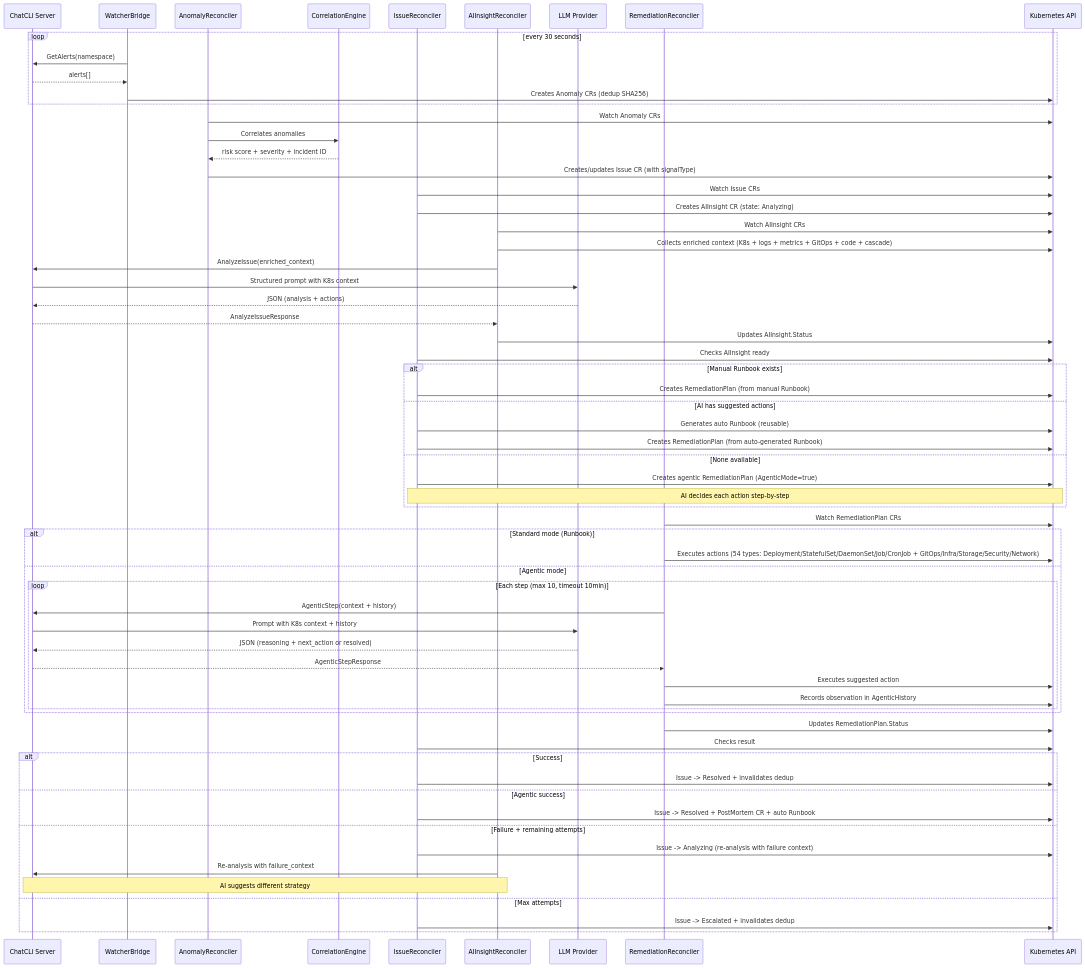
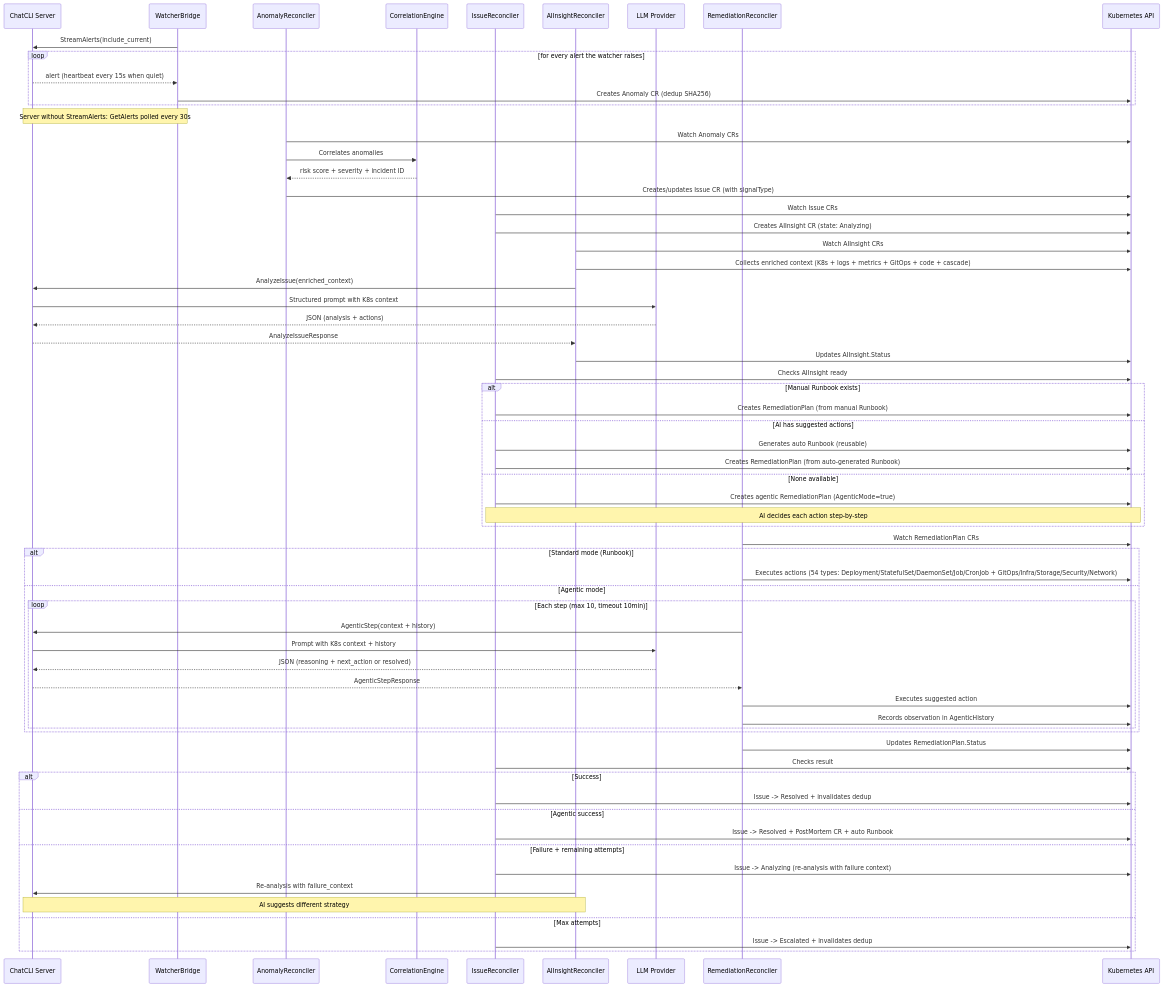
One commit to diillson/chatcli.ai changed the first of 3 diagrams in features/aiops-platform.mdx. Above: the diagram before and after it, drawn with Mermaid. The commit also changed other lines of this file and 7 other files, not shown here.

Commit message:
docs: StreamAlerts RPC and the operator's stream-first watcher bridge

````diff
--- a/features/aiops-platform.mdx
+++ b/features/aiops-platform.mdx
@@ -47,74 +47,75 @@
 ```mermaid
 sequenceDiagram
     participant Server as ChatCLI Server
     participant WB as WatcherBridge
     participant AR as AnomalyReconciler
     participant CE as CorrelationEngine
     participant IR as IssueReconciler
     participant AIR as AIInsightReconciler
     participant LLM as LLM Provider
     participant RR as RemediationReconciler
     participant K8s as Kubernetes API
 
-    loop every 30 seconds
-        WB->>Server: GetAlerts(namespace)
-        Server-->>WB: alerts[]
-        WB->>K8s: Creates Anomaly CRs (dedup SHA256)
+    WB->>Server: StreamAlerts(include_current)
+    loop for every alert the watcher raises
+        Server-->>WB: alert (heartbeat every 15s when quiet)
+        WB->>K8s: Creates Anomaly CR (dedup SHA256)
     end
+    Note over WB,Server: Server without StreamAlerts: GetAlerts polled every 30s
 
     AR->>K8s: Watch Anomaly CRs
     AR->>CE: Correlates anomalies
     CE-->>AR: risk score + severity + incident ID
     AR->>K8s: Creates/updates Issue CR (with signalType)
 
     IR->>K8s: Watch Issue CRs
     IR->>K8s: Creates AIInsight CR (state: Analyzing)
 
     AIR->>K8s: Watch AIInsight CRs
     AIR->>K8s: Collects enriched context (K8s + logs + metrics + GitOps + code + cascade)
     AIR->>Server: AnalyzeIssue(enriched_context)
     Server->>LLM: Structured prompt with K8s context
     LLM-->>Server: JSON (analysis + actions)
     Server-->>AIR: AnalyzeIssueResponse
     AIR->>K8s: Updates AIInsight.Status
 
     IR->>K8s: Checks AIInsight ready
     alt Manual Runbook exists
         IR->>K8s: Creates RemediationPlan (from manual Runbook)
     else AI has suggested actions
         IR->>K8s: Generates auto Runbook (reusable)
         IR->>K8s: Creates RemediationPlan (from auto-generated Runbook)
     else None available
         IR->>K8s: Creates agentic RemediationPlan (AgenticMode=true)
         Note over IR,K8s: AI decides each action step-by-step
     end
 
     RR->>K8s: Watch RemediationPlan CRs
 
     alt Standard mode (Runbook)
         RR->>K8s: Executes actions (54 types: Deployment/StatefulSet/DaemonSet/Job/CronJob + GitOps/Infra/Storage/Security/Network)
     else Agentic mode
         loop Each step (max 10, timeout 10min)
             RR->>Server: AgenticStep(context + history)
             Server->>LLM: Prompt with K8s context + history
             LLM-->>Server: JSON (reasoning + next_action or resolved)
             Server-->>RR: AgenticStepResponse
             RR->>K8s: Executes suggested action
             RR->>K8s: Records observation in AgenticHistory
         end
     end
     RR->>K8s: Updates RemediationPlan.Status
 
     IR->>K8s: Checks result
     alt Success
         IR->>K8s: Issue -> Resolved + invalidates dedup
     else Agentic success
         IR->>K8s: Issue -> Resolved + PostMortem CR + auto Runbook
     else Failure + remaining attempts
         IR->>K8s: Issue -> Analyzing (re-analysis with failure context)
         AIR->>Server: Re-analysis with failure_context
         Note over AIR,Server: AI suggests different strategy
     else Max attempts
         IR->>K8s: Issue -> Escalated + invalidates dedup
     end
 ```
````
